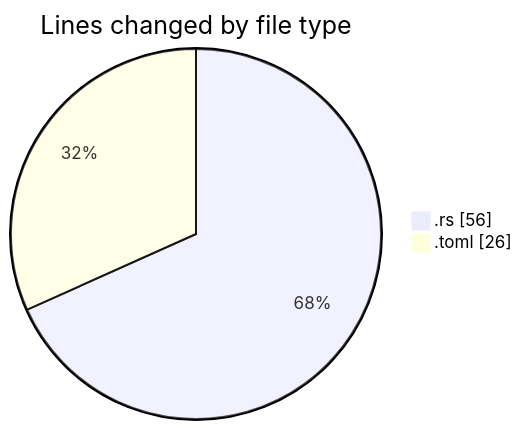
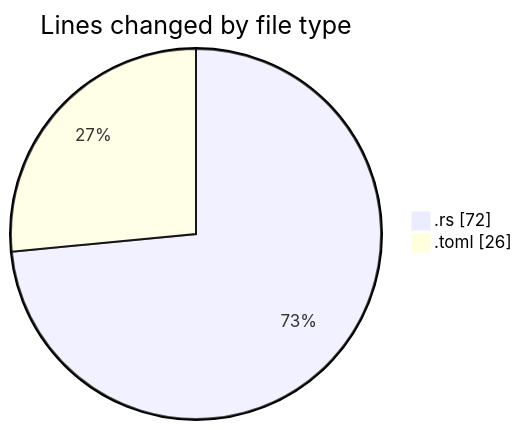
Before and after one commit to Ritupan-Deka/code-tracking: the first of 2 diagrams in 2025-12-27/rust/README.md, drawn with Mermaid. The commit also changed other lines of this file and 1 other file, not shown here.

````diff
--- a/2025-12-27/rust/README.md
+++ b/2025-12-27/rust/README.md
@@ -21,6 +21,6 @@
 ```mermaid
 pie showData
 title Lines changed by file type
-".rs" : 56
+".rs" : 72
 ".toml" : 26
 ```
````
